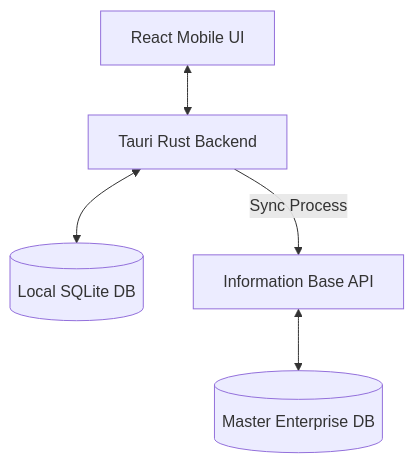
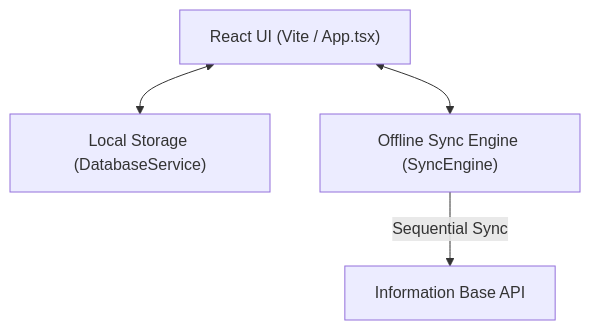
Before and after one commit to adlrmdn/final_inspect: the diagram in ARCHITECTURE.md, drawn with Mermaid. The commit also changed other lines of this file and 27 other files, not shown here.

````diff
--- a/ARCHITECTURE.md
+++ b/ARCHITECTURE.md
@@ -25,7 +25,6 @@
 ```mermaid
 graph TD
-    ReactUI[React Mobile UI] <--> TauriCore[Tauri Rust Backend]
-    TauriCore <--> LocalDB[(Local SQLite DB)]
-    TauriCore -- "Sync Process" --> RemoteAPI[Information Base API]
-    RemoteAPI <--> MasterDB[(Master Enterprise DB)]
+    ReactUI["React UI (Vite / App.tsx)"] <--> DatabaseService["Local Storage (DatabaseService)"]
+    ReactUI <--> SyncEngine["Offline Sync Engine (SyncEngine)"]
+    SyncEngine -- "Sequential Sync" --> RemoteAPI["Information Base API"]
 ```
````
